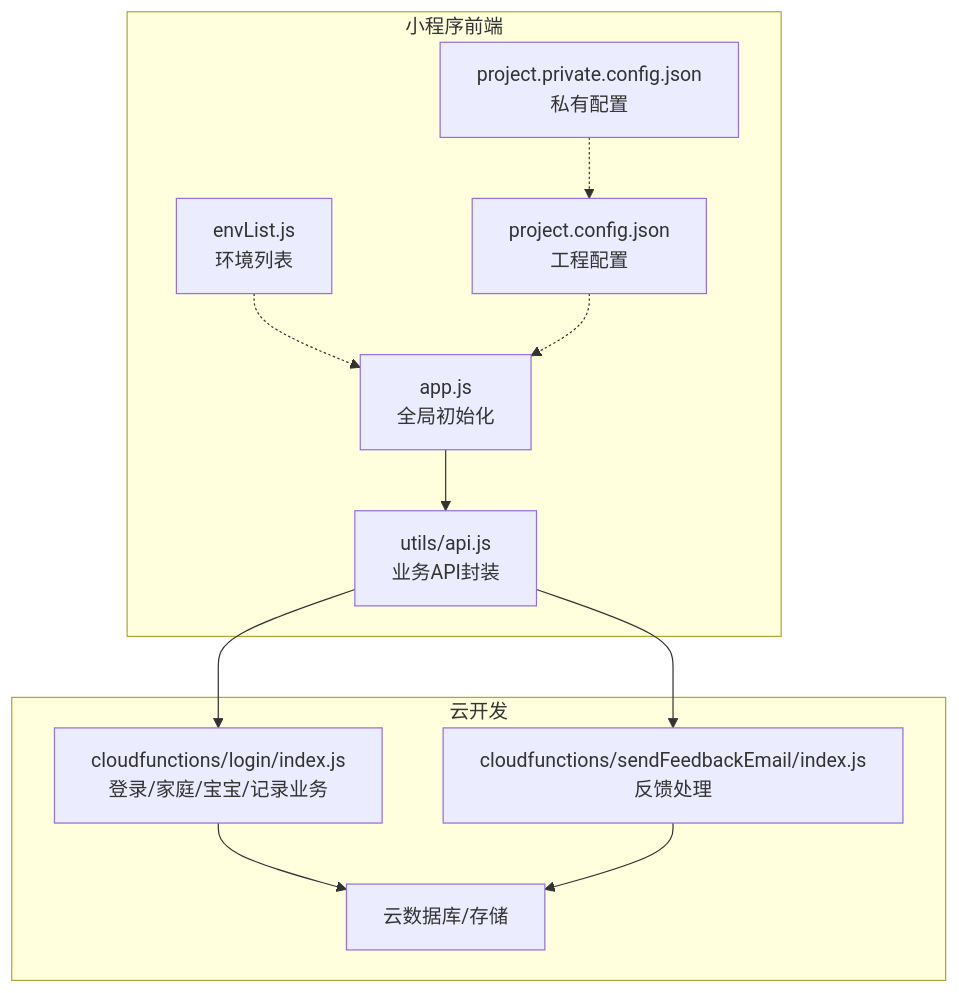
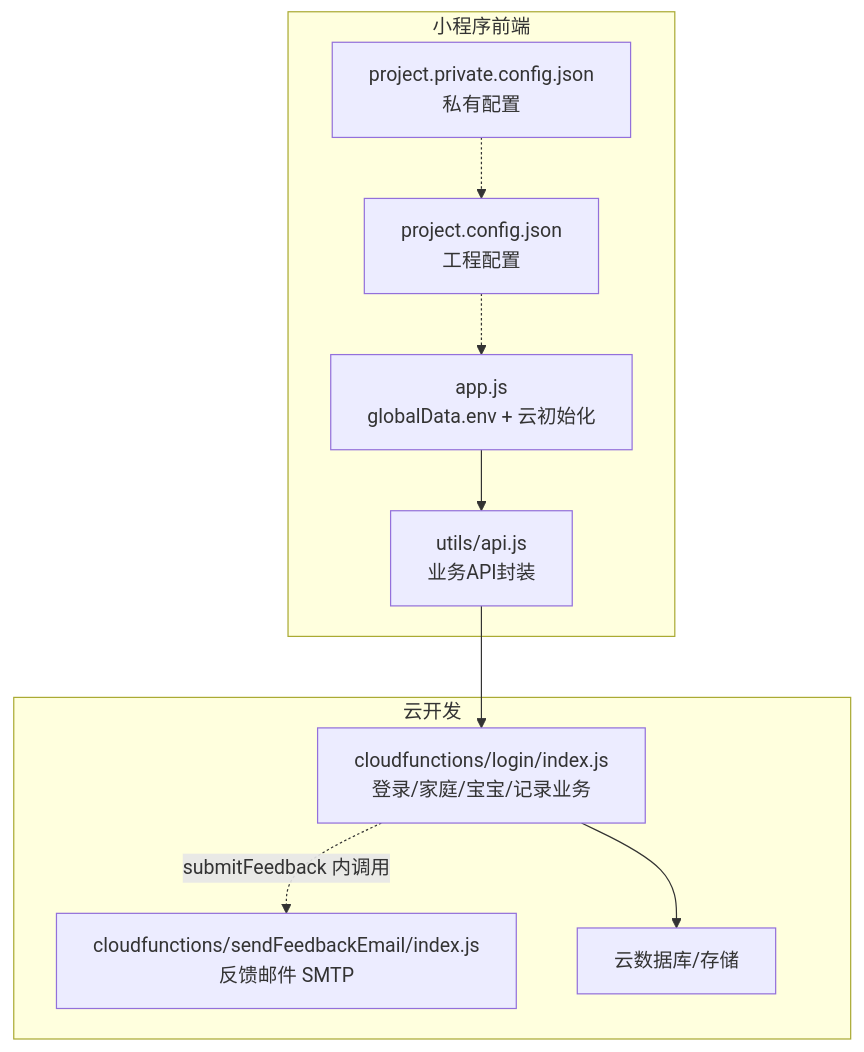
Before and after one commit to zhangxin19911211-creator/Project_BabyAssistant: the first of 5 diagrams in wiki/部署运维/环境配置.md, drawn with Mermaid. The commit also changed other lines of this file, not shown here.

First line of the commit message:
docs(wiki): 环境配置简介对齐 app.js env（保留萌芽季命名）

````diff
--- a/wiki/部署运维/环境配置.md
+++ b/wiki/部署运维/环境配置.md
@@ -40,23 +39,20 @@
 ```mermaid
 graph TB
 subgraph "小程序前端"
-APP["app.js<br/>全局初始化"]
+APP["app.js<br/>globalData.env + 云初始化"]
 API["utils/api.js<br/>业务API封装"]
-ENV["envList.js<br/>环境列表"]
 CFG["project.config.json<br/>工程配置"]
 PRIVCFG["project.private.config.json<br/>私有配置"]
 end
 subgraph "云开发"
 CF_LOGIN["cloudfunctions/login/index.js<br/>登录/家庭/宝宝/记录业务"]
-CF_EMAIL["cloudfunctions/sendFeedbackEmail/index.js<br/>反馈处理"]
+CF_EMAIL["cloudfunctions/sendFeedbackEmail/index.js<br/>反馈邮件 SMTP"]
 DB["云数据库/存储"]
 end
 APP --> API
 API --> CF_LOGIN
-API --> CF_EMAIL
 CF_LOGIN --> DB
-CF_EMAIL --> DB
-ENV -.-> APP
+CF_LOGIN -. submitFeedback 内调用 .-> CF_EMAIL
 CFG -.-> APP
 PRIVCFG -.-> CFG
 ```
````
